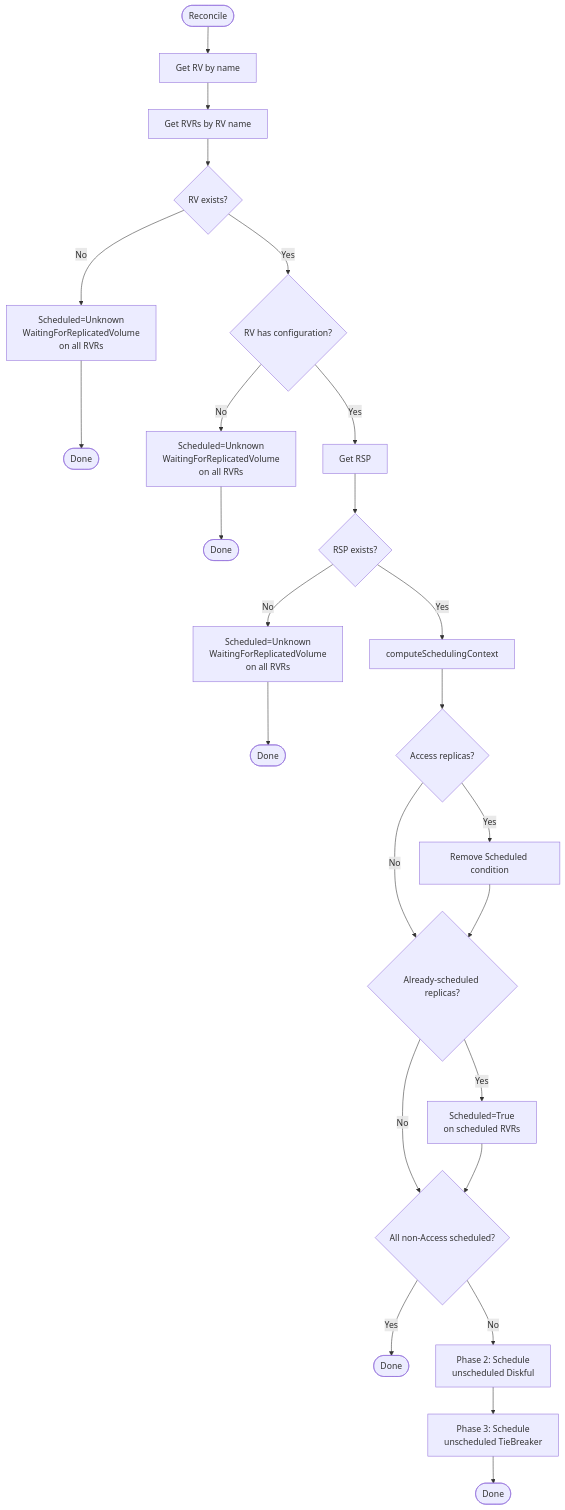
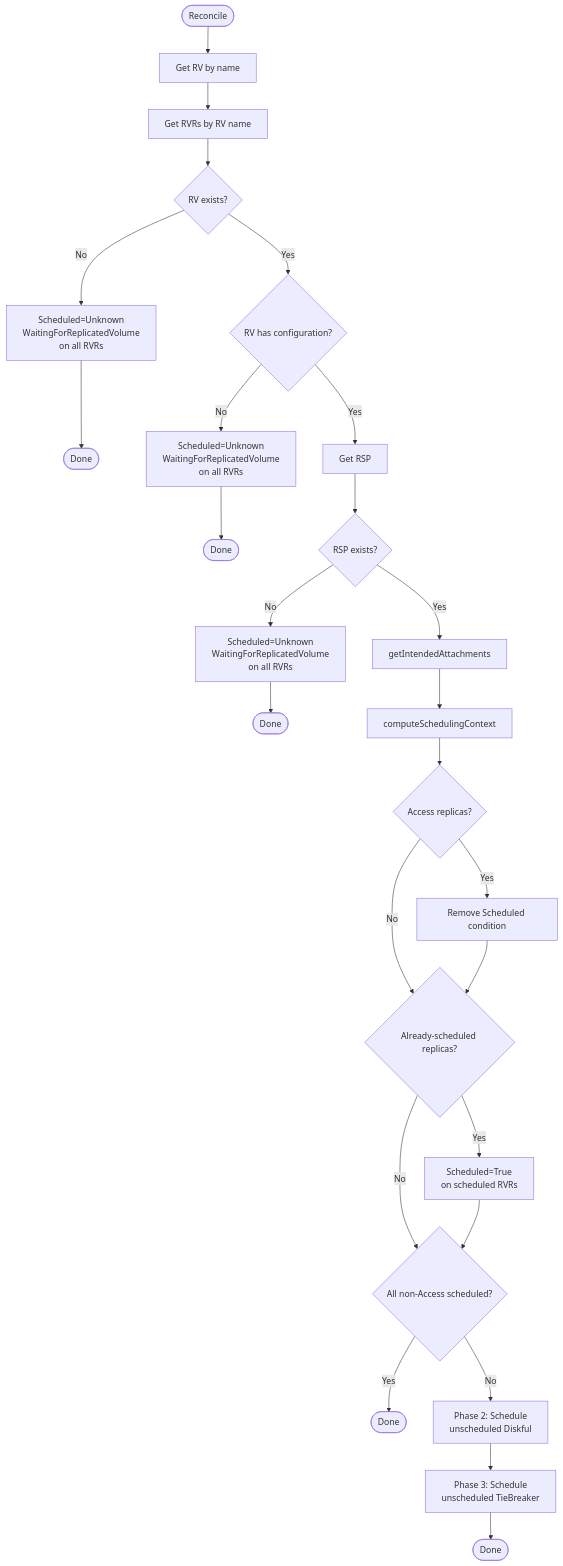
The first of 5 diagrams in images/controller/internal/controllers/rvr_scheduling_controller/README.md (deckhouse/sds-replicated-volume), drawn with Mermaid before and after one commit. The commit also changed other lines of this file and 5 other files, not shown here.

````diff
--- a/images/controller/internal/controllers/rvr_scheduling_controller/README.md
+++ b/images/controller/internal/controllers/rvr_scheduling_controller/README.md
@@ -96,33 +99,34 @@
 ```mermaid
 flowchart TD
     Start([Reconcile]) --> LoadRV[Get RV by name]
     LoadRV --> LoadRVRs[Get RVRs by RV name]
     LoadRVRs --> Guard1{RV exists?}
     Guard1 -->|No| SetWaiting1["Scheduled=Unknown<br/>WaitingForReplicatedVolume<br/>on all RVRs"]
     SetWaiting1 --> Done1([Done])
 
     Guard1 -->|Yes| Guard2{RV has configuration?}
     Guard2 -->|No| SetWaiting2["Scheduled=Unknown<br/>WaitingForReplicatedVolume<br/>on all RVRs"]
     SetWaiting2 --> Done2([Done])
 
     Guard2 -->|Yes| LoadRSP[Get RSP]
     LoadRSP --> Guard3{RSP exists?}
     Guard3 -->|No| SetWaiting3["Scheduled=Unknown<br/>WaitingForReplicatedVolume<br/>on all RVRs"]
     SetWaiting3 --> Done3([Done])
 
-    Guard3 -->|Yes| BuildCtx[computeSchedulingContext]
+    Guard3 -->|Yes| GetRVAs[getIntendedAttachments]
+    GetRVAs --> BuildCtx[computeSchedulingContext]
     BuildCtx --> AccessCheck{Access replicas?}
     AccessCheck -->|Yes| RemoveCond[Remove Scheduled condition]
     AccessCheck -->|No| ScheduledCheck
 
     RemoveCond --> ScheduledCheck{Already-scheduled replicas?}
     ScheduledCheck -->|Yes| SetScheduled["Scheduled=True<br/>on scheduled RVRs"]
     ScheduledCheck -->|No| AllDoneCheck
 
     SetScheduled --> AllDoneCheck{All non-Access scheduled?}
     AllDoneCheck -->|Yes| DoneAll([Done])
 
     AllDoneCheck -->|No| Phase2["Phase 2: Schedule<br/>unscheduled Diskful"]
     Phase2 --> Phase3["Phase 3: Schedule<br/>unscheduled TieBreaker"]
     Phase3 --> DoneFinal([Done])
 ```
````
